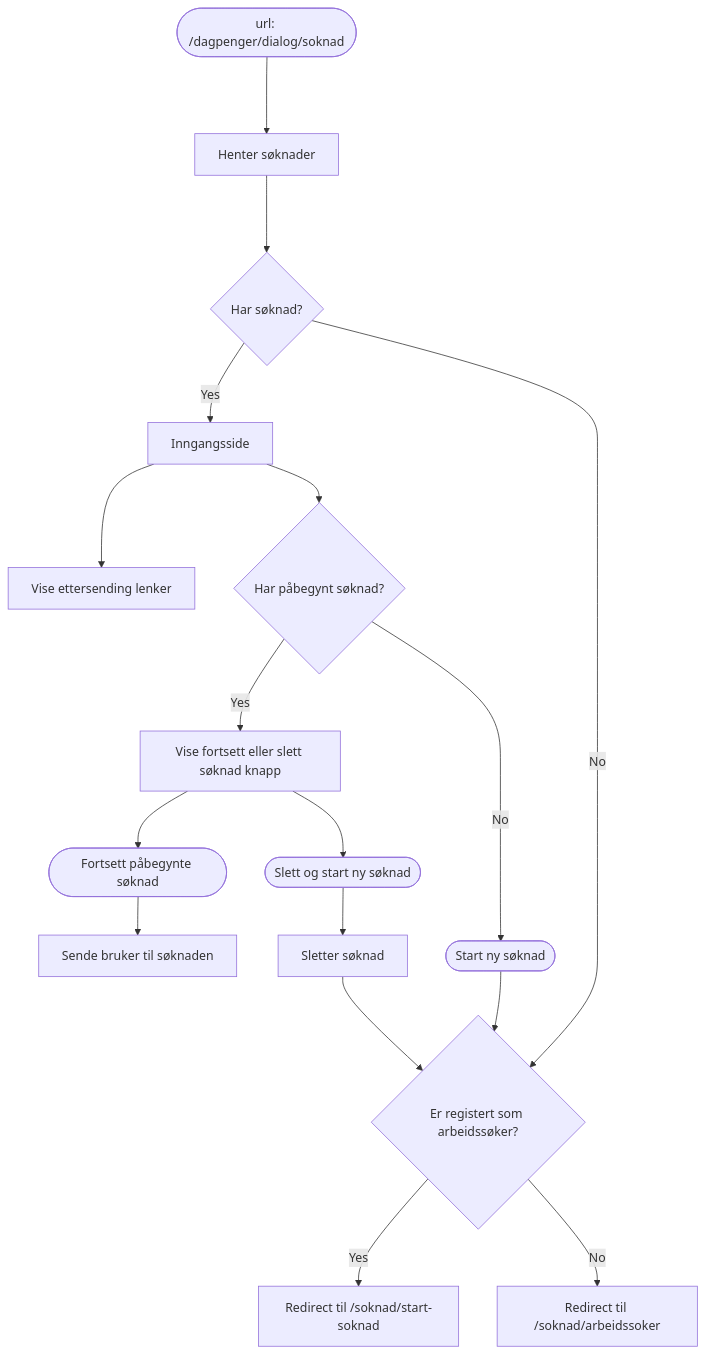
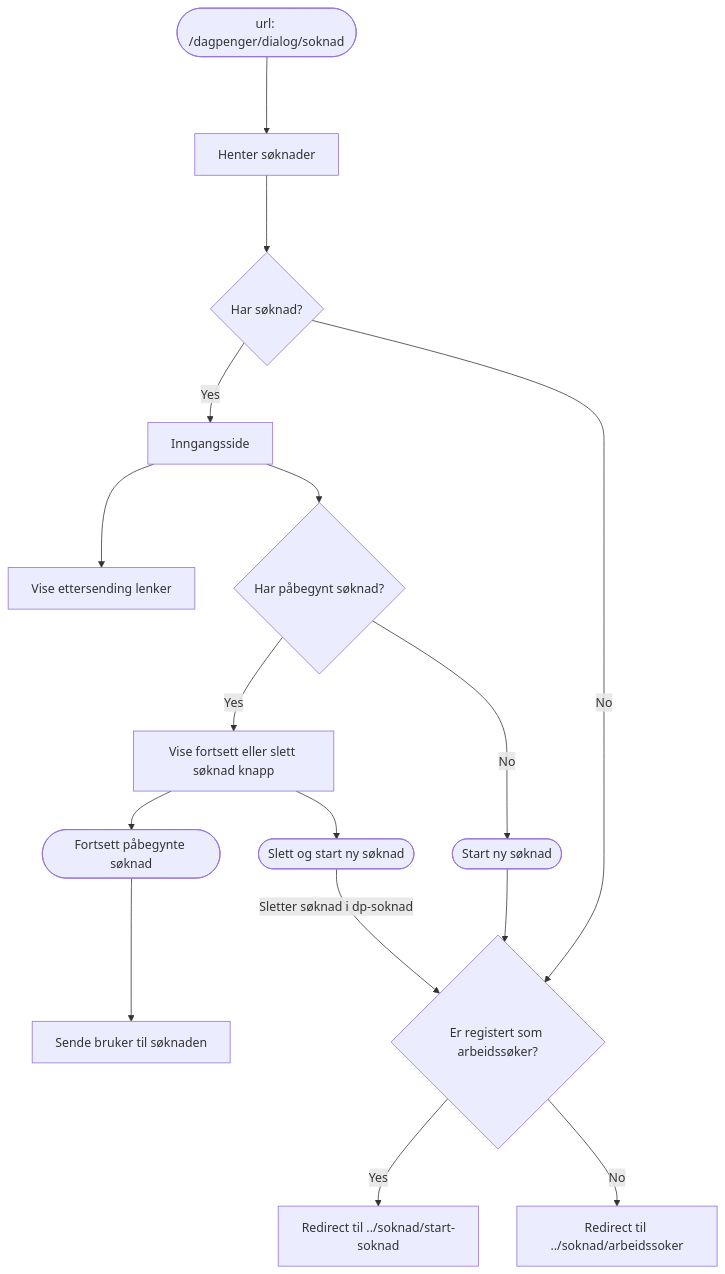
The first of 2 diagrams in docs/innbyggerflate/losninger/soknad/dp-soknadsdialog.mdx (navikt/dp-dokumentasjon), drawn with Mermaid before and after one commit. The commit also changed other lines of this file, not shown here.

Commit message:
Liten justering på inngangssiden flytsdiagram for søknadsdialog

````diff
--- a/docs/innbyggerflate/losninger/soknad/dp-soknadsdialog.mdx
+++ b/docs/innbyggerflate/losninger/soknad/dp-soknadsdialog.mdx
@@ -23,23 +23,22 @@
 ```mermaid
 flowchart TB
 START(["url: /dagpenger/dialog/soknad"]) ---> HENT_SOKNAD[Henter søknader ]
 HENT_SOKNAD[Henter søknader] ---> HAR_SOKNAD{Har søknad?}
 HAR_SOKNAD -->|Yes| INNGANG_SIDE["Inngangsside"]
 HAR_SOKNAD -->|No| ER_REGISTERT_SOM_ARBEIDSSOKER{Er registert som arbeidssøker?}
 
 INNGANG_SIDE --> ETTERSENDING[Vise ettersending lenker]
 INNGANG_SIDE --> HAR_PAABEGYNT_SOKNAD{Har påbegynt søknad?}
 HAR_PAABEGYNT_SOKNAD -->|Yes| FORSETT_ELLER_SLETT_SOKNAD["Vise fortsett eller slett søknad knapp"]
 HAR_PAABEGYNT_SOKNAD -->|No| START_NY_SOKNAD([Start ny søknad])
 
 FORSETT_ELLER_SLETT_SOKNAD --> FORTSETTSOKNAD([Fortsett påbegynte søknad])
 FORTSETTSOKNAD --> REDIRECT_SOKNAD[Sende bruker til søknaden]
 
 FORSETT_ELLER_SLETT_SOKNAD --> SLETT_SOKNAD([Slett og start ny søknad])
-SLETT_SOKNAD --> SLETT_SOKNAD_OK[Sletter søknad]
-SLETT_SOKNAD_OK --> ER_REGISTERT_SOM_ARBEIDSSOKER
+SLETT_SOKNAD --> | Sletter søknad i dp-soknad| ER_REGISTERT_SOM_ARBEIDSSOKER
 
 START_NY_SOKNAD --> ER_REGISTERT_SOM_ARBEIDSSOKER
-ER_REGISTERT_SOM_ARBEIDSSOKER -->|Yes| REDIRECT_START_SOKNAD["Redirect til /soknad/start-soknad"]
-ER_REGISTERT_SOM_ARBEIDSSOKER -->|No| REDIRECT_ARBEIDSSOKER["Redirect til /soknad/arbeidssoker"]
+ER_REGISTERT_SOM_ARBEIDSSOKER -->|Yes| REDIRECT_START_SOKNAD["Redirect til ../soknad/start-soknad"]
+ER_REGISTERT_SOM_ARBEIDSSOKER -->|No| REDIRECT_ARBEIDSSOKER["Redirect til ../soknad/arbeidssoker"]
 ```
````
